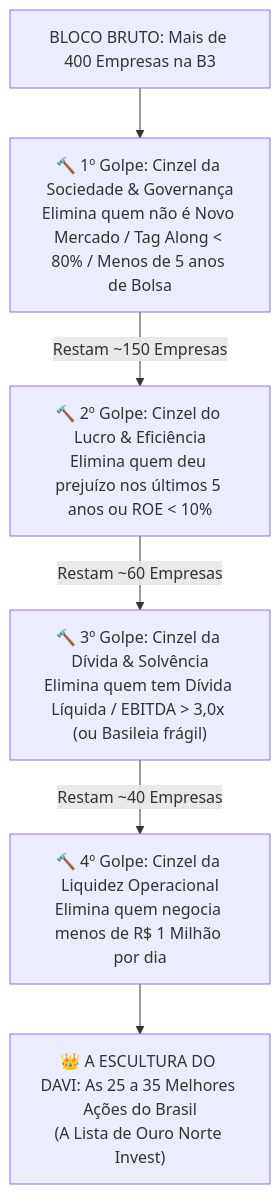
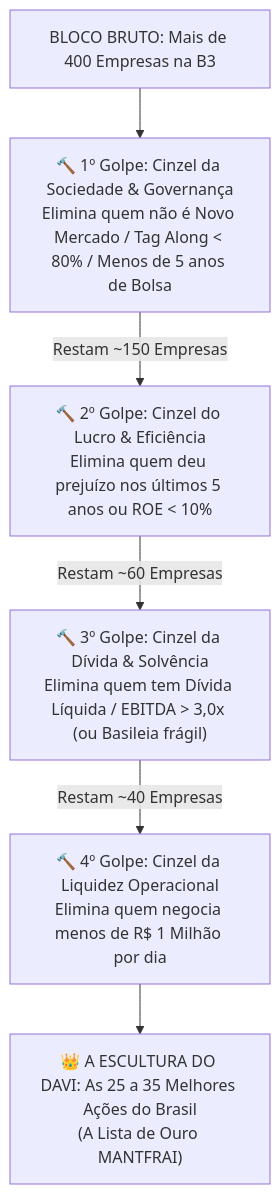
The diagram in src/data/academy/lessons/modulo-4/aula-4-5.md (Rickss100/Davi-Hidra), drawn with Mermaid before and after one commit. The commit also changed other lines of this file and 43 other files, not shown here.

````diff
--- a/src/data/academy/lessons/modulo-4/aula-4-5.md
+++ b/src/data/academy/lessons/modulo-4/aula-4-5.md
@@ -40,8 +40,8 @@
 ```mermaid
 flowchart TD
     Inicio["BLOCO BRUTO: Mais de 400 Empresas na B3"] --> Golpe1["🔨 1º Golpe: Cinzel da Sociedade & Governança<br/>Elimina quem não é Novo Mercado / Tag Along < 80% / Menos de 5 anos de Bolsa"]
     Golpe1 -->|Restam ~150 Empresas| Golpe2["🔨 2º Golpe: Cinzel do Lucro & Eficiência<br/>Elimina quem deu prejuízo nos últimos 5 anos ou ROE < 10%"]
     Golpe2 -->|Restam ~60 Empresas| Golpe3["🔨 3º Golpe: Cinzel da Dívida & Solvência<br/>Elimina quem tem Dívida Líquida / EBITDA > 3,0x (ou Basileia frágil)"]
     Golpe3 -->|Restam ~40 Empresas| Golpe4["🔨 4º Golpe: Cinzel da Liquidez Operacional<br/>Elimina quem negocia menos de R$ 1 Milhão por dia"]
-    Golpe4 --> Davi["👑 A ESCULTURA DO DAVI: As 25 a 35 Melhores Ações do Brasil<br/>(A Lista de Ouro Norte Invest)"]
+    Golpe4 --> Davi["👑 A ESCULTURA DO DAVI: As 25 a 35 Melhores Ações do Brasil<br/>(A Lista de Ouro MANTFRAI)"]
 ```
````
